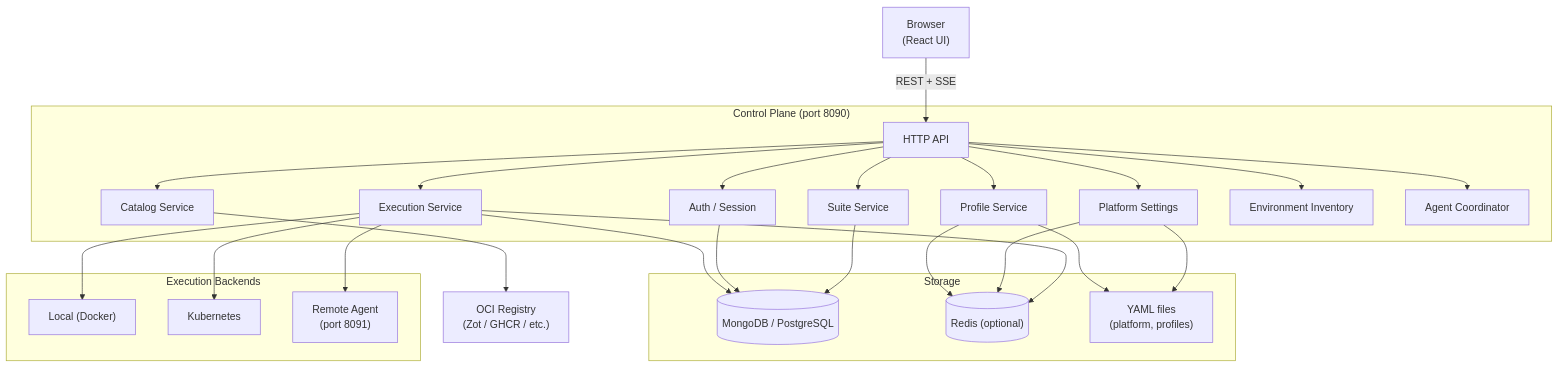
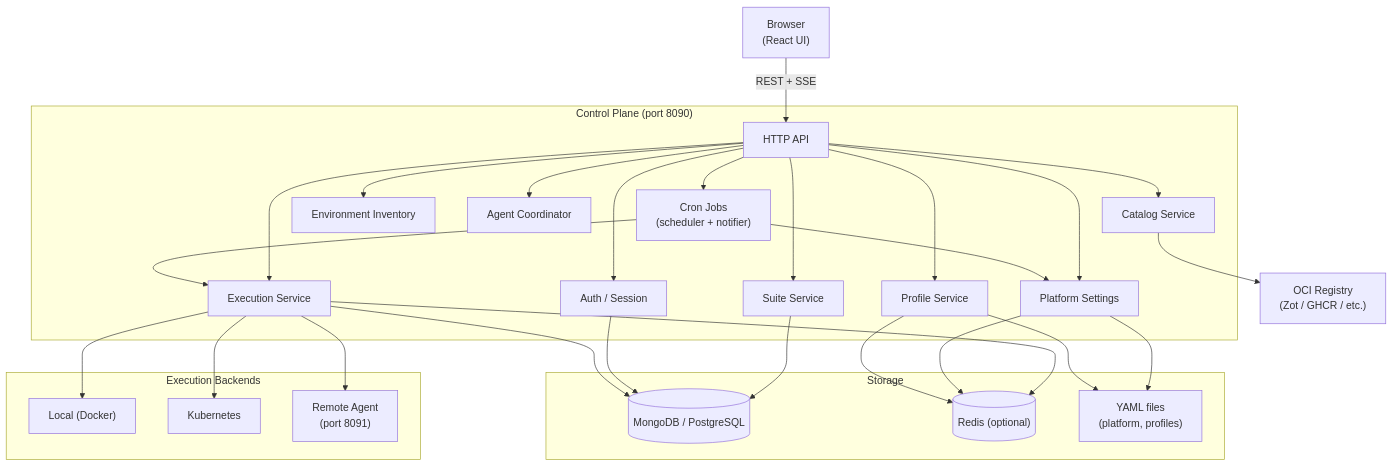
Before and after one commit to jarin-devoss/babelSuite: the first of 4 diagrams in docs/architecture.md, drawn with Mermaid. The commit also changed 12 other files, not shown here.

````diff
--- a/docs/architecture.md
+++ b/docs/architecture.md
@@ -18,55 +18,59 @@
 ```mermaid
 graph TB
     Browser["Browser\n(React UI)"]
 
     subgraph ControlPlane["Control Plane (port 8090)"]
         API["HTTP API"]
         Auth["Auth / Session"]
         Suites["Suite Service"]
         Exec["Execution Service"]
         Catalog["Catalog Service"]
         Profiles["Profile Service"]
         Platform["Platform Settings"]
         Sandbox["Environment Inventory"]
         AgentCoord["Agent Coordinator"]
+        CronJobs["Cron Jobs\n(scheduler + notifier)"]
     end
 
     subgraph Backends["Execution Backends"]
         Local["Local (Docker)"]
         K8s["Kubernetes"]
         RemoteAgent["Remote Agent\n(port 8091)"]
     end
 
     subgraph Storage["Storage"]
         DB[("MongoDB / PostgreSQL")]
         Redis[("Redis (optional)")]
         YAML["YAML files\n(platform, profiles)"]
     end
 
     OCI["OCI Registry\n(Zot / GHCR / etc.)"]
 
     Browser -->|"REST + SSE"| API
     API --> Auth
     API --> Suites
     API --> Exec
     API --> Catalog
     API --> Profiles
     API --> Platform
     API --> Sandbox
     API --> AgentCoord
+    API --> CronJobs
+    CronJobs --> Exec
+    CronJobs --> Platform
 
     Exec --> Local
     Exec --> K8s
     Exec --> RemoteAgent
 
     Suites --> DB
     Auth --> DB
     Exec --> DB
     Exec --> Redis
     Platform --> YAML
     Platform --> Redis
     Profiles --> YAML
     Profiles --> Redis
 
     Catalog --> OCI
 ```
````
